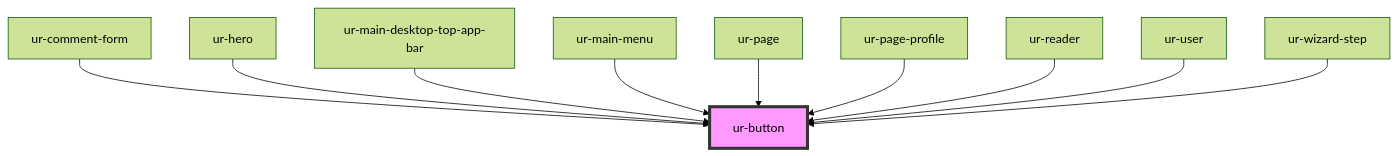
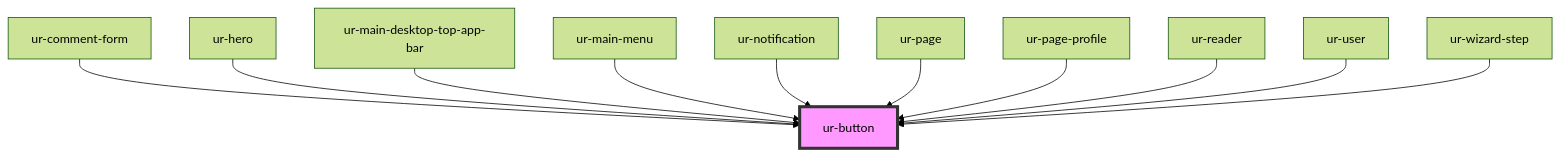
The diagram in src/components/ur-button/readme.md (hellish/urnovl-web-components), drawn with Mermaid (forest theme) before and after one commit. The commit also changed other lines of this file and 21 other files, not shown here.

````diff
--- a/src/components/ur-button/readme.md
+++ b/src/components/ur-button/readme.md
@@ -38,13 +39,14 @@
 ```mermaid
 graph TD;
   ur-comment-form --> ur-button
   ur-hero --> ur-button
   ur-main-desktop-top-app-bar --> ur-button
   ur-main-menu --> ur-button
+  ur-notification --> ur-button
   ur-page --> ur-button
   ur-page-profile --> ur-button
   ur-reader --> ur-button
   ur-user --> ur-button
   ur-wizard-step --> ur-button
   style ur-button fill:#f9f,stroke:#333,stroke-width:4px
 ```
````
